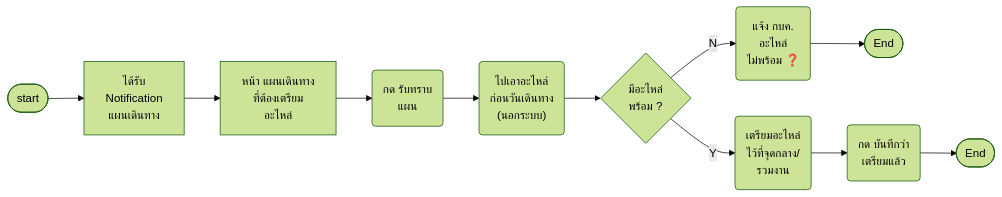
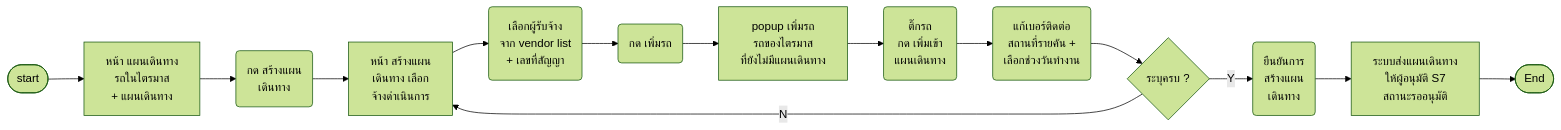
The seventh of 21 diagrams in Diagram/01-บำรุงรักษาตามวาระ/14-บำรุงรักษา-userflow.md (anugmail/Maintenance-Request-Form), drawn with Mermaid (forest theme) before and after one commit. The commit also changed other lines of this file and 24 other files, not shown here.

First line of the commit message:
บำรุงรักษา: S10 กบค. / S23 ผู้รับจ้าง (แยก view · ส่งตรวจงาน · เพิ่ม แก้ไข ลบ อะไหล่และภาพ) · S11 ตรวจรับรายคันแบบการ์ด S2 · use case 76 ข้อ + ตาม scenario · export ทั้งชุดลงหน้า Maintainance

````diff
--- a/Diagram/01-บำรุงรักษาตามวาระ/14-บำรุงรักษา-userflow.md
+++ b/Diagram/01-บำรุงรักษาตามวาระ/14-บำรุงรักษา-userflow.md
@@ -341,14 +380,17 @@
 ```mermaid
 flowchart LR
-    S([start]) --> D0["ได้รับ<br/>Notification<br/>แผนเดินทาง"]
-    D0 --> D1["หน้า แผนเดินทาง<br/>ที่ต้องเตรียม<br/>อะไหล่"]
-    D1 --> A1("กด รับทราบ<br/>แผน")
-    A1 --> A2("ไปเอาอะไหล่<br/>ก่อนวันเดินทาง<br/>(นอกระบบ)")
-    A2 --> Q1{"มีอะไหล่<br/>พร้อม ?"}
-    Q1 -->|N| A3("แจ้ง กบค.<br/>อะไหล่<br/>ไม่พร้อม ❓")
-    A3 --> E1([End])
-    Q1 -->|Y| A4("เตรียมอะไหล่<br/>ไว้ที่จุดกลาง/<br/>รวมงาน")
-    A4 --> A5("กด บันทึกว่า<br/>เตรียมแล้ว")
-    A5 --> E([End])
-    %% Q: A3 | Q16 ❓ กรย. พบอะไหล่ไม่พร้อม ต้องแจ้งใคร ผ่านระบบไหม (บอร์ดมีทาง "ไม่" แต่ไม่มีปลายทาง)
+    S([start]) --> D1["หน้า แผนเดินทาง<br/>รถในไตรมาส<br/>+ แผนเดินทาง"]
+    D1 --> A1("กด สร้างแผน<br/>เดินทาง")
+    A1 --> D2["หน้า สร้างแผน<br/>เดินทาง เลือก<br/>จ้างดำเนินการ"]
+    D2 --> A3("เลือกผู้รับจ้าง<br/>จาก vendor list<br/>+ เลขที่สัญญา")
+    A3 --> A2("กด เพิ่มรถ")
+    A2 --> D5["popup เพิ่มรถ<br/>รถของไตรมาส<br/>ที่ยังไม่มีแผนเดินทาง"]
+    D5 --> A4("ติ๊กรถ<br/>กด เพิ่มเข้า<br/>แผนเดินทาง")
+    A4 --> A5("แก้เบอร์ติดต่อ<br/>สถานที่รายคัน +<br/>เลือกช่วงวันทำงาน")
+    A5 --> Q1{"ระบุครบ ?"}
+    Q1 -->|N| D2
+    Q1 -->|Y| A6("ยืนยันการ<br/>สร้างแผน<br/>เดินทาง")
+    A6 --> D3["ระบบส่งแผนเดินทาง<br/>ให้ผู้อนุมัติ S7<br/>สถานะรออนุมัติ"]
+    D3 --> E([End])
+    %% Q: A3 | Q46 ❓ vendor list มาจากไหน (ทะเบียนผู้รับจ้างของ กฟภ. หรือ กบค. เพิ่มเอง) · กรองตามประเภทรถไหม · เลขที่สัญญาบังคับไหม
 ```
````
